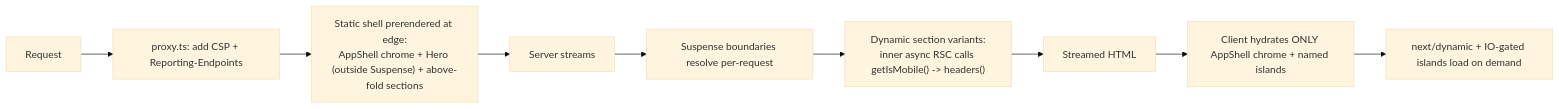
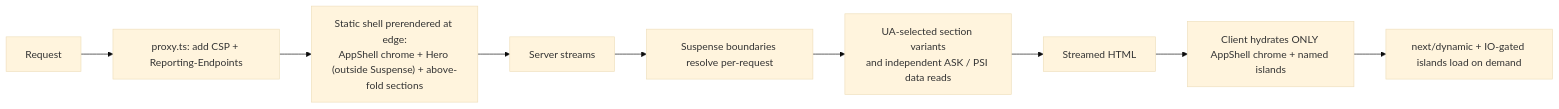
Before and after one commit to erikunha/portfolio: the third of 6 diagrams in docs/03-rendering-and-data-flow.md, drawn with Mermaid (base theme). The commit also changed other lines of this file and 12 other files, not shown here.

````diff
--- a/docs/03-rendering-and-data-flow.md
+++ b/docs/03-rendering-and-data-flow.md
@@ -59,11 +59,11 @@
 ```mermaid
 flowchart LR
     req["Request"] --> px["proxy.ts: add CSP + Reporting-Endpoints"]
     px --> shell["Static shell prerendered at edge:<br/>AppShell chrome + Hero (outside Suspense) + above-fold sections"]
     shell --> stream["Server streams"]
     stream --> susp["Suspense boundaries resolve per-request"]
-    susp --> dyn["Dynamic section variants:<br/>inner async RSC calls getIsMobile() -> headers()"]
+    susp --> dyn["UA-selected section variants<br/>and independent ASK / PSI data reads"]
     dyn --> html2["Streamed HTML"]
     html2 --> hydrate["Client hydrates ONLY AppShell chrome + named islands"]
     hydrate --> lazy["next/dynamic + IO-gated islands load on demand"]
 ```
````
